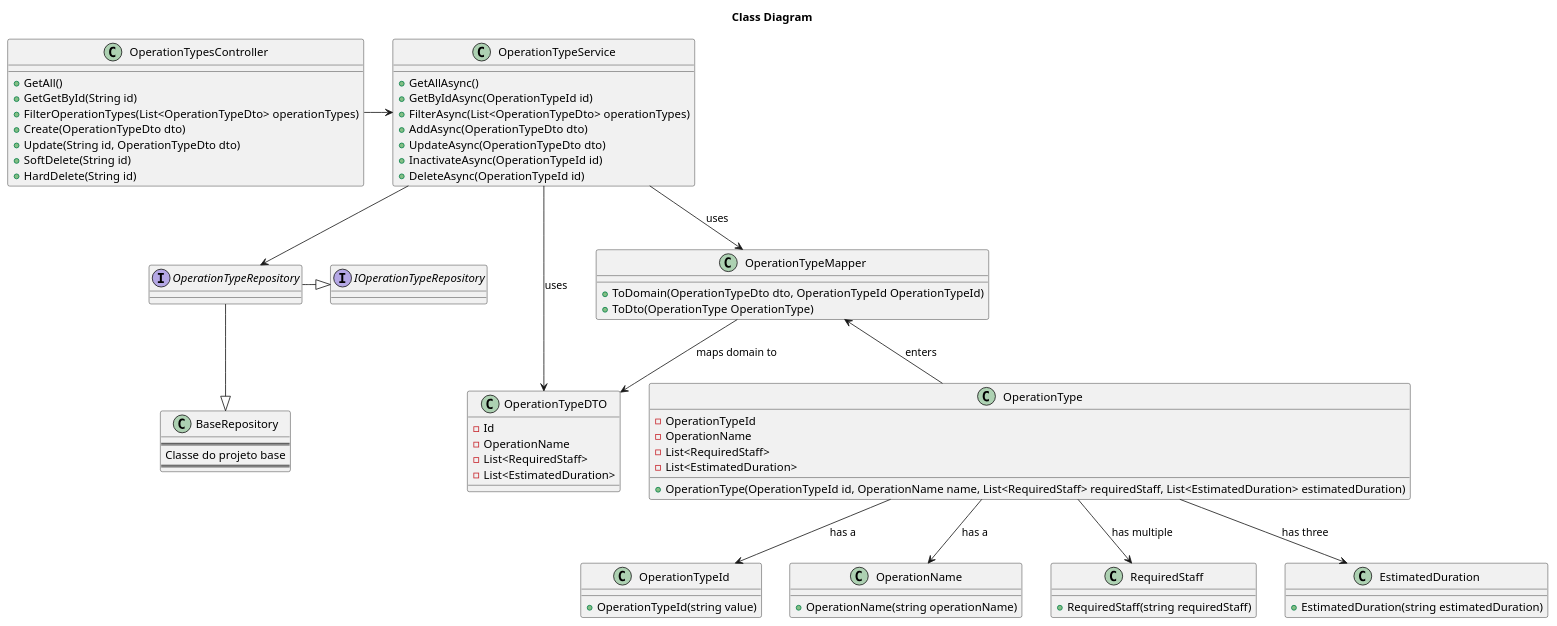
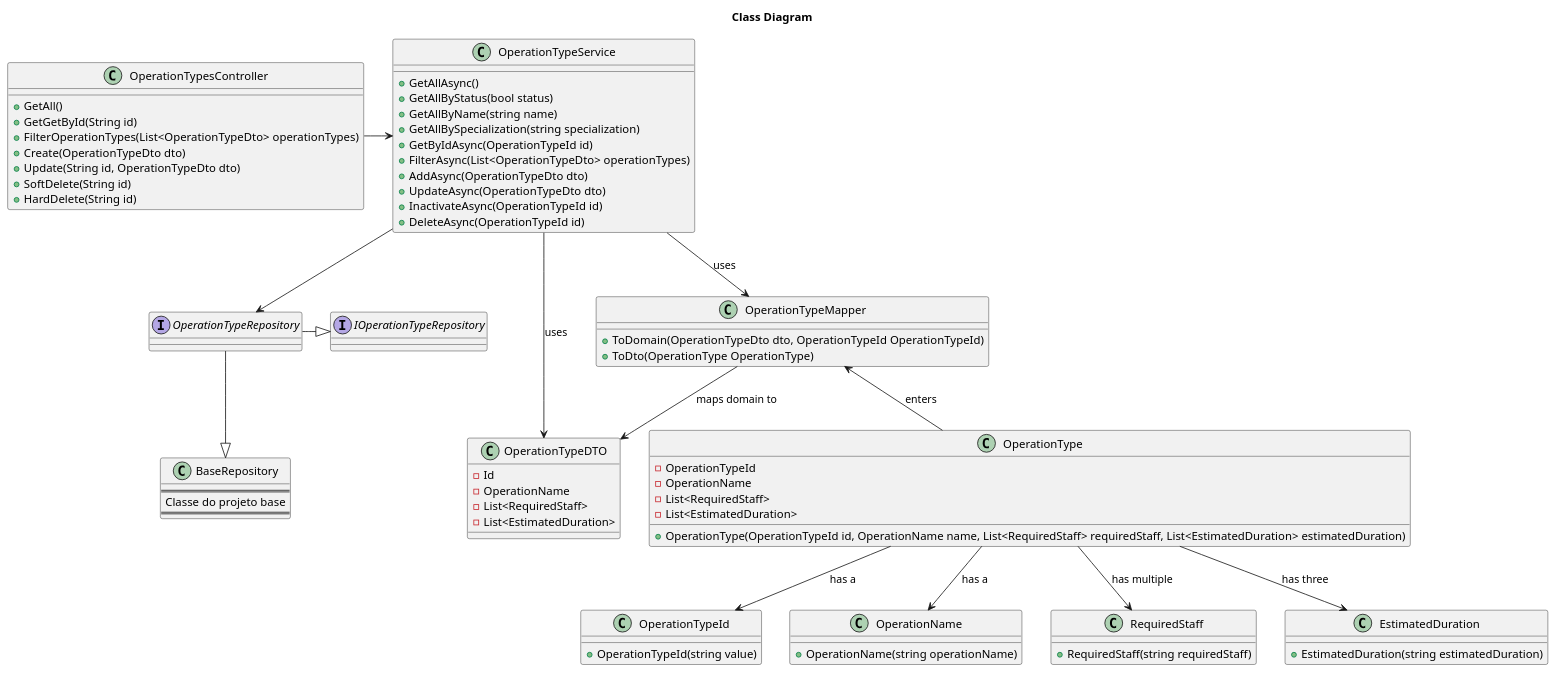
One commit to MiguelCardoso77/SurgicalSync-BackEnd changed the diagram in docs/SprintA/38-list-operation-types/class-diagram.puml. Above: the diagram before and after it, drawn with PlantUML. The commit also changed 10 other files, not shown here.

```diff
--- a/docs/SprintA/38-list-operation-types/class-diagram.puml
+++ b/docs/SprintA/38-list-operation-types/class-diagram.puml
@@ -1,89 +1,92 @@
 @startuml
 
 title Class Diagram
 
 class OperationType {
     - OperationTypeId
     - OperationName
     - List<RequiredStaff>
     - List<EstimatedDuration>
     + OperationType(OperationTypeId id, OperationName name, List<RequiredStaff> requiredStaff, List<EstimatedDuration> estimatedDuration)
 }
 
 class OperationTypeDTO {
     - Id
     - OperationName
     - List<RequiredStaff>
     - List<EstimatedDuration>
 }
 
 class OperationTypesController {
     + GetAll()
     + GetGetById(String id)
     + FilterOperationTypes(List<OperationTypeDto> operationTypes)
     + Create(OperationTypeDto dto)
     + Update(String id, OperationTypeDto dto)
     + SoftDelete(String id)
     + HardDelete(String id)
 }
 
 class OperationTypeId {
     + OperationTypeId(string value)
 }
 
 class OperationName {
     + OperationName(string operationName)
 }
 
 class RequiredStaff {
     + RequiredStaff(string requiredStaff)
 }
 
 class EstimatedDuration {
     + EstimatedDuration(string estimatedDuration)
 }
 
 class OperationTypeService {
     + GetAllAsync()
+    + GetAllByStatus(bool status)
+    + GetAllByName(string name)
+    + GetAllBySpecialization(string specialization)
     + GetByIdAsync(OperationTypeId id)
     + FilterAsync(List<OperationTypeDto> operationTypes)
     + AddAsync(OperationTypeDto dto)
     + UpdateAsync(OperationTypeDto dto)
     + InactivateAsync(OperationTypeId id)
     + DeleteAsync(OperationTypeId id)
 }
 
 interface IOperationTypeRepository {
 }
 
 interface OperationTypeRepository {
 }
 
 class BaseRepository {
     ====
     Classe do projeto base
     ====
 }
 
 class OperationTypeMapper {
     + ToDomain(OperationTypeDto dto, OperationTypeId OperationTypeId)
     + ToDto(OperationType OperationType)
 }
 
 OperationTypesController -> OperationTypeService
 OperationTypeService --> OperationTypeMapper : uses
 OperationTypeService --> OperationTypeDTO : uses
 
 OperationTypeMapper --> OperationTypeDTO : maps domain to
 OperationTypeMapper <-- OperationType : enters
 
 OperationType --> OperationTypeId : has a
 OperationType --> OperationName : has a
 OperationType --> RequiredStaff : has multiple
 OperationType --> EstimatedDuration : has three
 
 OperationTypeService --> OperationTypeRepository
 OperationTypeRepository --|> BaseRepository
 OperationTypeRepository -|> IOperationTypeRepository
 
 @enduml
```
